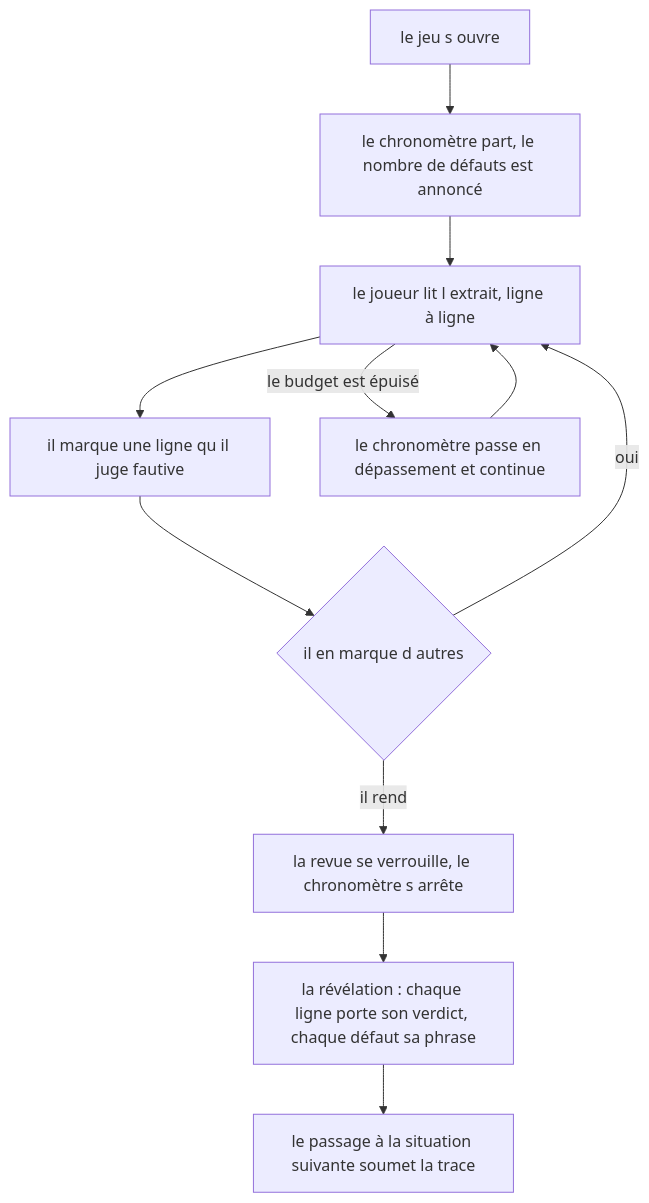
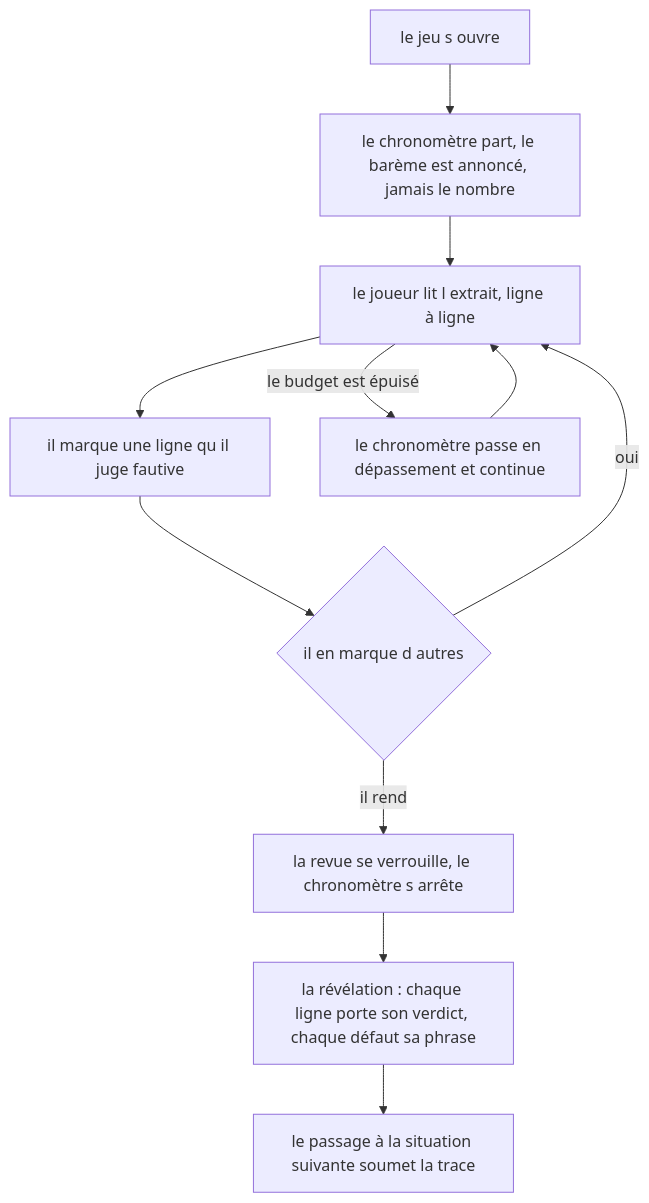
One commit to jdelauney/laivel-up-eval changed the first of 2 diagrams in aidd_docs/tasks/2026_08/2026_08_30_jeu-defect-hunt/phase-3.md. Above: the diagram before and after it, drawn with Mermaid. The commit also changed other lines of this file and 4 other files, not shown here.

````diff
--- a/aidd_docs/tasks/2026_08/2026_08_30_jeu-defect-hunt/phase-3.md
+++ b/aidd_docs/tasks/2026_08/2026_08_30_jeu-defect-hunt/phase-3.md
@@ -38,13 +38,13 @@
 ```mermaid
 flowchart TD
-  A[le jeu s ouvre] --> B[le chronomètre part, le nombre de défauts est annoncé]
+  A[le jeu s ouvre] --> B[le chronomètre part, le barème est annoncé, jamais le nombre]
   B --> C[le joueur lit l extrait, ligne à ligne]
   C --> D[il marque une ligne qu il juge fautive]
   D --> E{il en marque d autres}
   E -->|oui| C
   E -->|il rend| F[la revue se verrouille, le chronomètre s arrête]
   C -->|le budget est épuisé| G[le chronomètre passe en dépassement et continue]
   G --> C
   F --> H[la révélation : chaque ligne porte son verdict, chaque défaut sa phrase]
   H --> I[le passage à la situation suivante soumet la trace]
 ```
````
